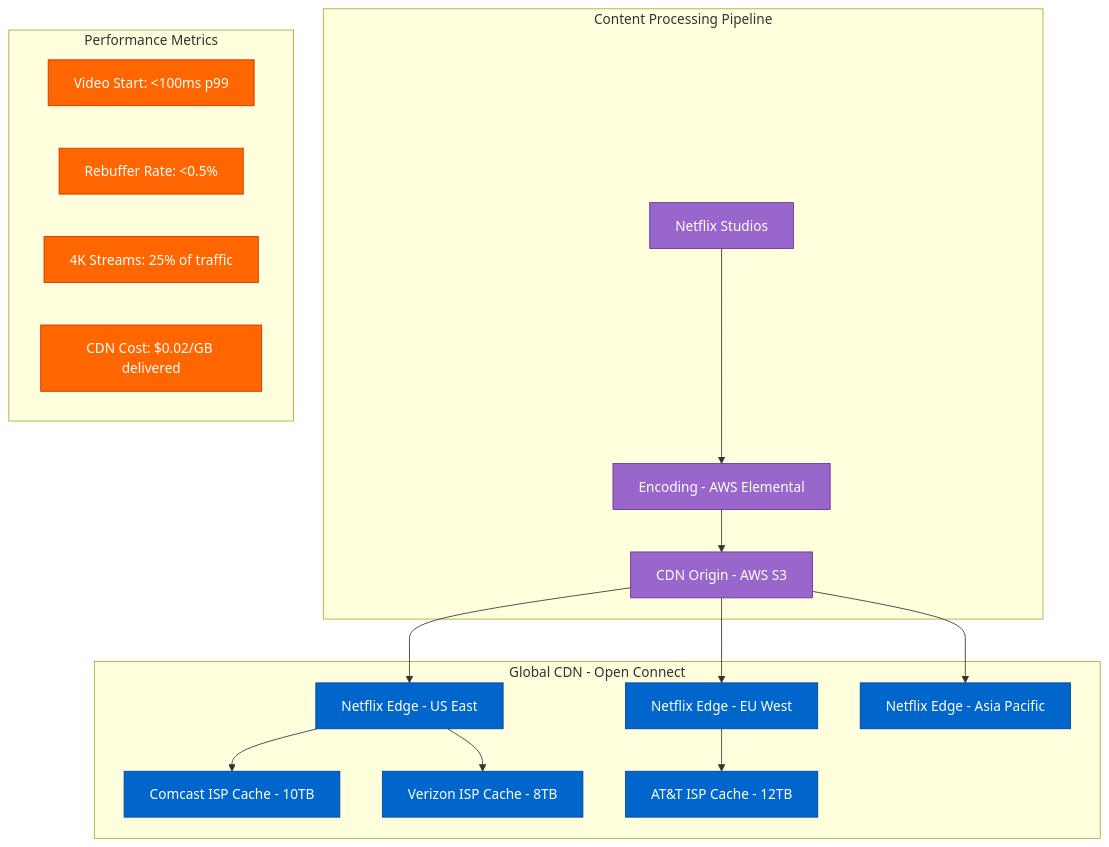
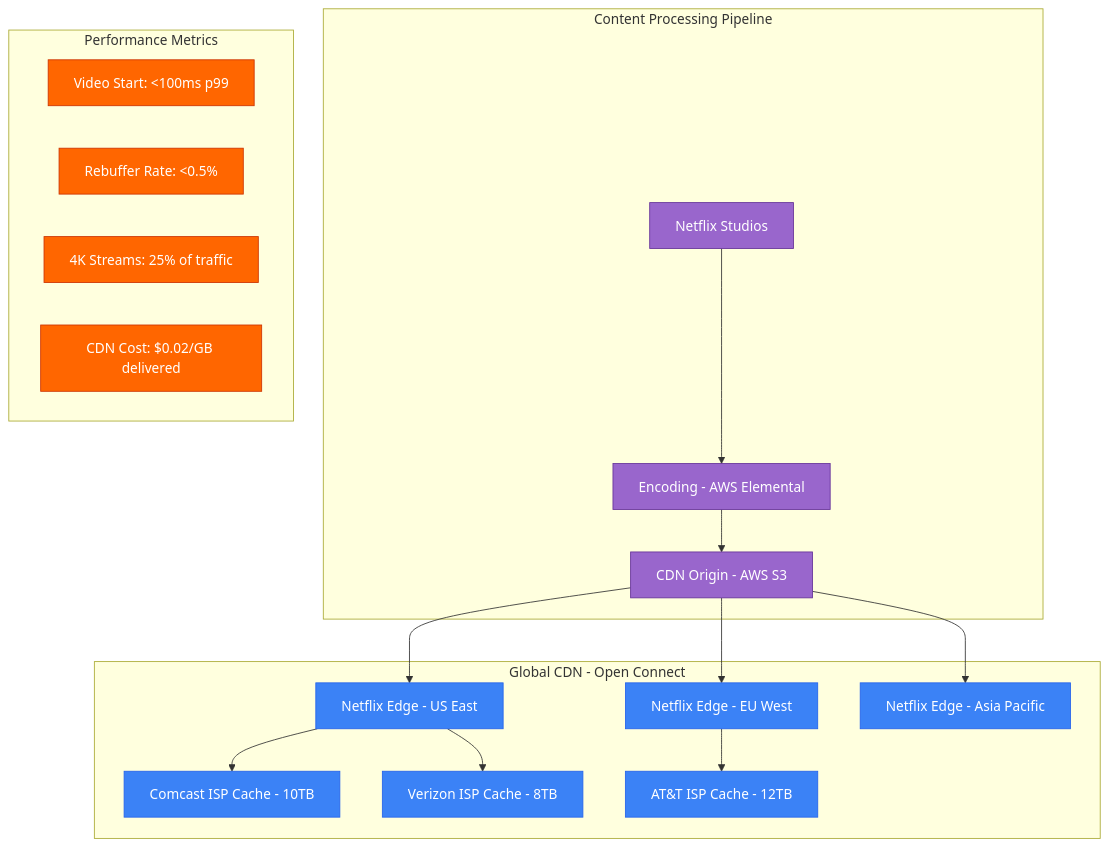
The second of 16 diagrams in site/docs/examples/case-studies.md (deepaucksharma/DS), drawn with Mermaid before and after one commit. The commit also changed other lines of this file and 303 other files, not shown here.

````diff
--- a/site/docs/examples/case-studies.md
+++ b/site/docs/examples/case-studies.md
@@ -73,42 +73,42 @@
 ```mermaid
 graph TB
     subgraph ContentPipeline[Content Processing Pipeline]
         STUDIO[Netflix Studios]
         ENCODING[Encoding - AWS Elemental]
         CDN_ORIGIN[CDN Origin - AWS S3]
     end
 
     subgraph GlobalCDN[Global CDN - Open Connect]
         ISP1[Comcast ISP Cache - 10TB]
         ISP2[Verizon ISP Cache - 8TB]
         ISP3[AT&T ISP Cache - 12TB]
         EDGE1[Netflix Edge - US East]
         EDGE2[Netflix Edge - EU West]
         EDGE3[Netflix Edge - Asia Pacific]
     end
 
     subgraph Metrics[Performance Metrics]
         LATENCY[Video Start: <100ms p99]
         REBUFFER[Rebuffer Rate: <0.5%]
         QUALITY[4K Streams: 25% of traffic]
         COST[CDN Cost: $0.02/GB delivered]
     end
 
     STUDIO --> ENCODING
     ENCODING --> CDN_ORIGIN
     CDN_ORIGIN --> EDGE1
     CDN_ORIGIN --> EDGE2
     CDN_ORIGIN --> EDGE3
 
     EDGE1 --> ISP1
     EDGE1 --> ISP2
     EDGE2 --> ISP3
 
     classDef contentStyle fill:#9966CC,stroke:#663399,color:#fff
-    classDef cdnStyle fill:#0066CC,stroke:#004499,color:#fff
+    classDef cdnStyle fill:#3B82F6,stroke:#2563EB,color:#fff
     classDef metricStyle fill:#FF6600,stroke:#CC3300,color:#fff
 
     class STUDIO,ENCODING,CDN_ORIGIN contentStyle
     class ISP1,ISP2,ISP3,EDGE1,EDGE2,EDGE3 cdnStyle
     class LATENCY,REBUFFER,QUALITY,COST metricStyle
 ```
````
